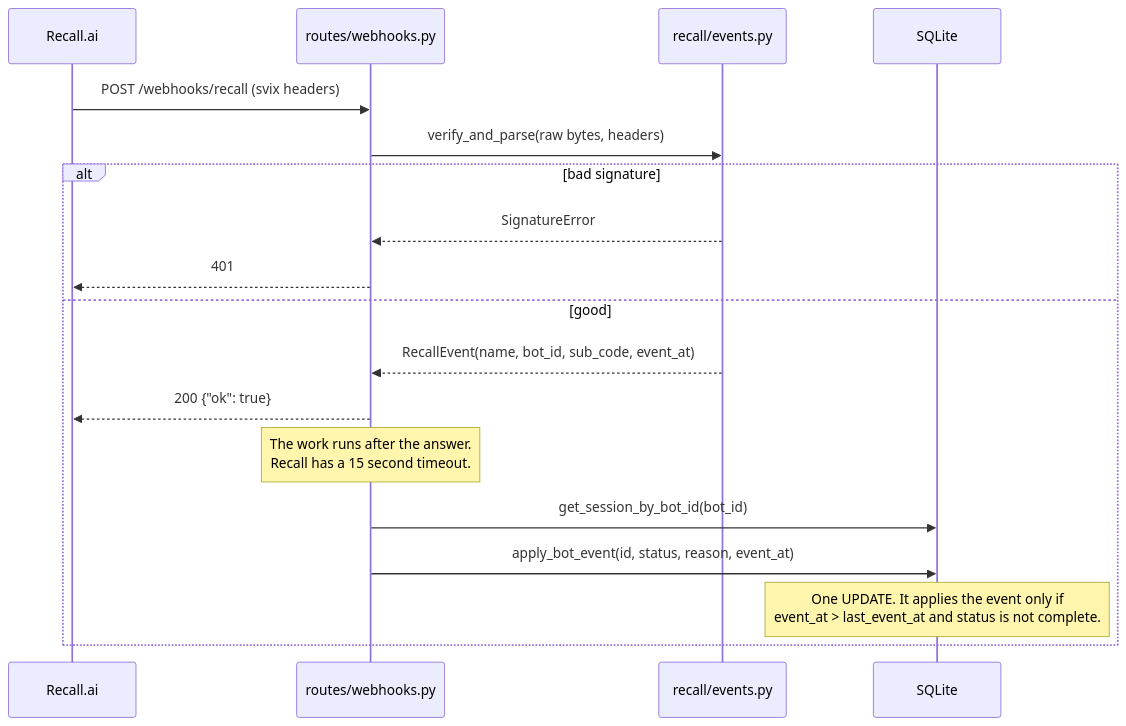
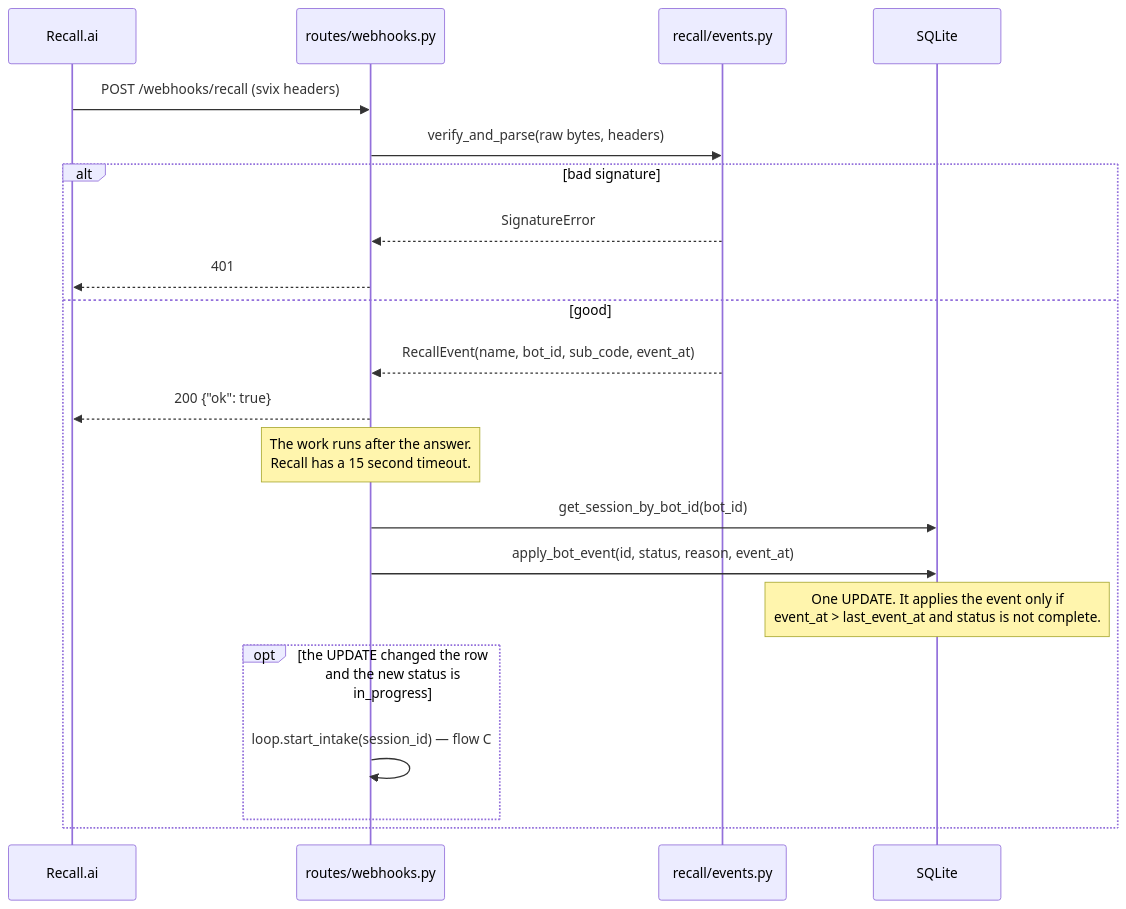
One commit to samneetsingh/recall-demo changed the third of 5 diagrams in docs/FLOW.md. Above: the diagram before and after it, drawn with Mermaid. The commit also changed other lines of this file and 17 other files, not shown here.

````diff
--- a/docs/FLOW.md
+++ b/docs/FLOW.md
@@ -149,21 +152,24 @@
 ```mermaid
 sequenceDiagram
     participant R as Recall.ai
     participant W as routes/webhooks.py
     participant E as recall/events.py
     participant DB as SQLite
 
     R->>W: POST /webhooks/recall (svix headers)
     W->>E: verify_and_parse(raw bytes, headers)
     alt bad signature
         E-->>W: SignatureError
         W-->>R: 401
     else good
         E-->>W: RecallEvent(name, bot_id, sub_code, event_at)
         W-->>R: 200 {"ok": true}
         Note over W: The work runs after the answer.<br/>Recall has a 15 second timeout.
         W->>DB: get_session_by_bot_id(bot_id)
         W->>DB: apply_bot_event(id, status, reason, event_at)
         Note over DB: One UPDATE. It applies the event only if<br/>event_at > last_event_at and status is not complete.
+        opt the UPDATE changed the row and the new status is in_progress
+            W->>W: loop.start_intake(session_id) — flow C
+        end
     end
 ```
````
